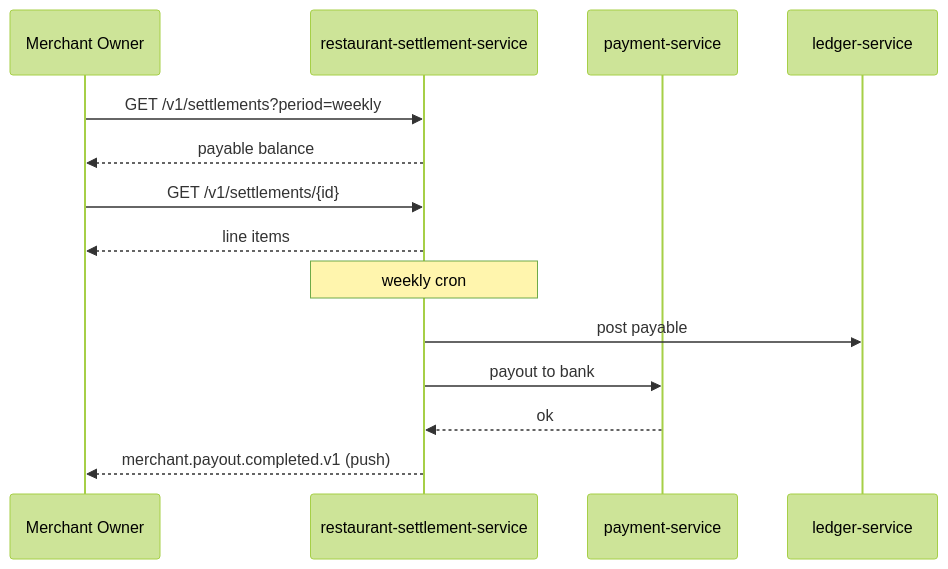
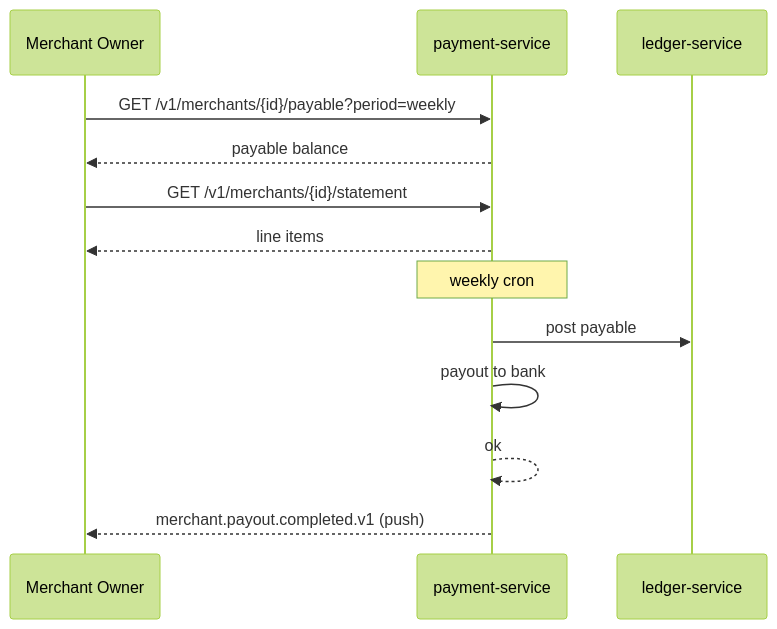
The ninth of 10 diagrams in docs/workflows/MERCHANT_WORKFLOWS.md (mohamedhabibwork/trips-enjoy-docs), drawn with Mermaid (forest theme) before and after one commit. The commit also changed other lines of this file and 525 other files, not shown here.

````diff
--- a/docs/workflows/MERCHANT_WORKFLOWS.md
+++ b/docs/workflows/MERCHANT_WORKFLOWS.md
@@ -218,17 +214,16 @@
 ```mermaid
 sequenceDiagram
     participant OWN as Merchant Owner
-    participant RSM as restaurant-settlement-service
     participant PAY as payment-service
     participant LD as ledger-service
 
-    OWN->>RSM: GET /v1/settlements?period=weekly
-    RSM-->>OWN: payable balance
-    OWN->>RSM: GET /v1/settlements/{id}
-    RSM-->>OWN: line items
-    Note over RSM: weekly cron
-    RSM->>LD: post payable
-    RSM->>PAY: payout to bank
-    PAY-->>RSM: ok
-    RSM-->>OWN: merchant.payout.completed.v1 (push)
+    OWN->>PAY: GET /v1/merchants/{id}/payable?period=weekly
+    PAY-->>OWN: payable balance
+    OWN->>PAY: GET /v1/merchants/{id}/statement
+    PAY-->>OWN: line items
+    Note over PAY: weekly cron
+    PAY->>LD: post payable
+    PAY->>PAY: payout to bank
+    PAY-->>PAY: ok
+    PAY-->>OWN: merchant.payout.completed.v1 (push)
 ```
````
